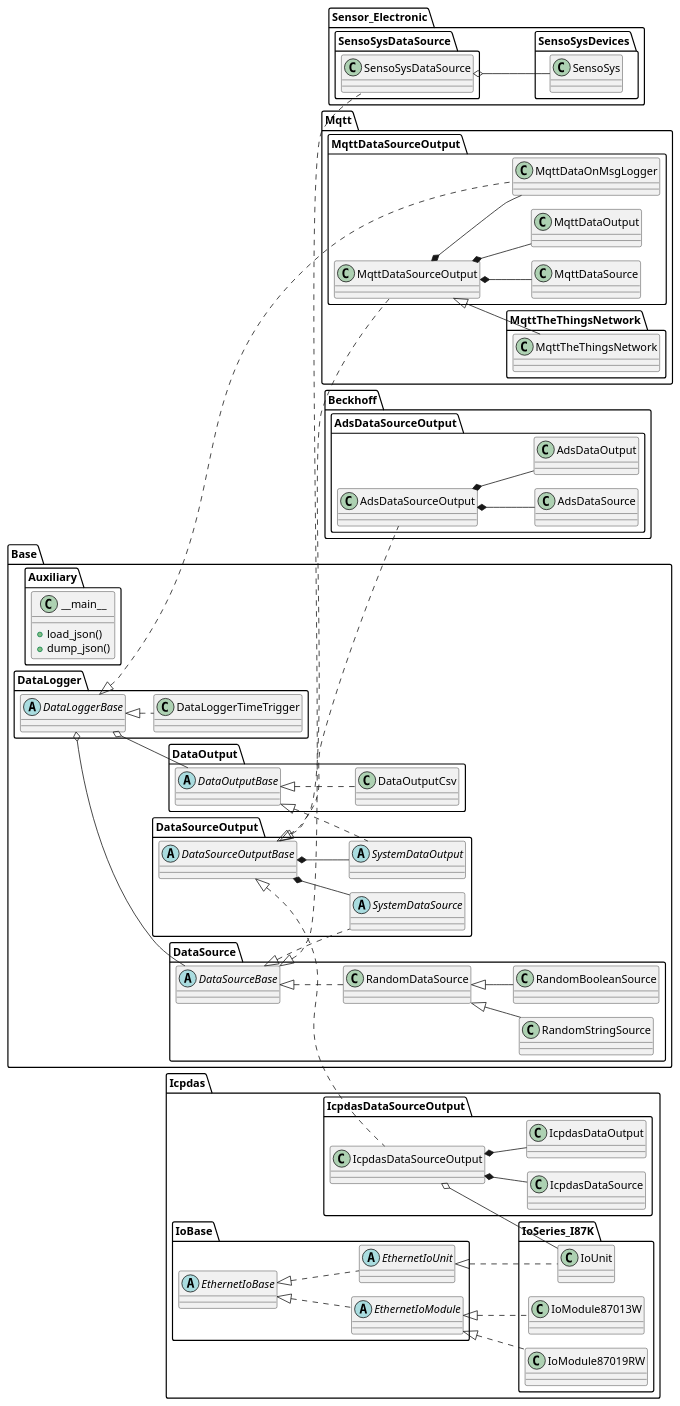
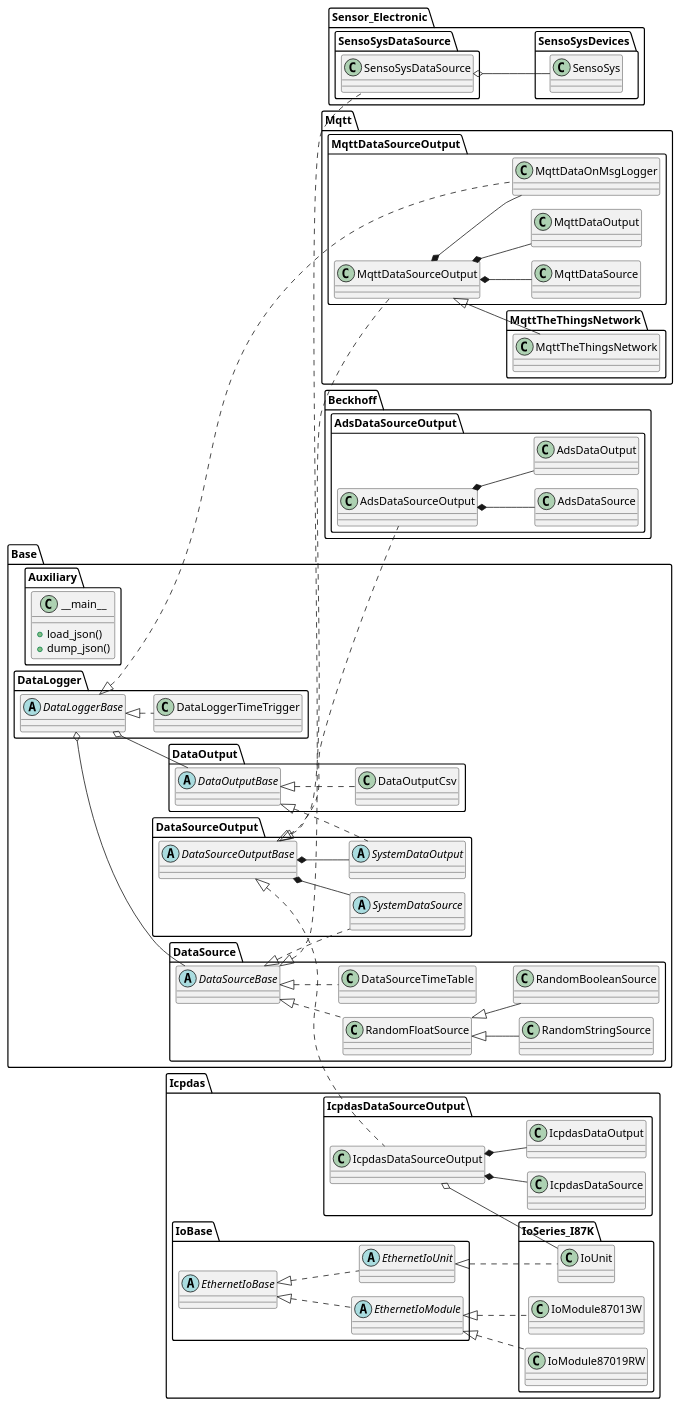
Before and after one commit to RWTH-EBC/EBC_Measurements: the diagram in docs/uml/ClsDiag_ebcmeasurements.puml, drawn with PlantUML. The commit also changed 5 other files, not shown here.

```diff
--- a/docs/uml/ClsDiag_ebcmeasurements.puml
+++ b/docs/uml/ClsDiag_ebcmeasurements.puml
@@ -1,93 +1,94 @@
 @startuml
 !pragma layout smetana
 left to right direction
 
 package Base{}
 package Base.Auxiliary{
     class __main__{
         + load_json()
         + dump_json()
     }
 }
 package Base.DataLogger{
     abstract class DataLoggerBase
     class DataLoggerTimeTrigger implements DataLoggerBase
 
     DataLoggerBase o-- Base.DataSource.DataSourceBase
     DataLoggerBase o-- Base.DataOutput.DataOutputBase
 }
 package Base.DataOutput{
     abstract class DataOutputBase
     class DataOutputCsv implements DataOutputBase
 }
 package Base.DataSource{
     abstract class DataSourceBase
-    class RandomDataSource implements DataSourceBase
-    class RandomStringSource extends RandomDataSource
-    class RandomBooleanSource extends RandomDataSource
+    class RandomFloatSource implements DataSourceBase
+    class RandomStringSource extends RandomFloatSource
+    class RandomBooleanSource extends RandomFloatSource
+    class DataSourceTimeTable implements DataSourceBase
 }
 package Base.DataSourceOutput{
     abstract class DataSourceOutputBase
     abstract class SystemDataSource implements Base.DataSource.DataSourceBase
     abstract class SystemDataOutput implements Base.DataOutput.DataOutputBase
 
     DataSourceOutputBase *-- SystemDataSource
     DataSourceOutputBase *-- SystemDataOutput
 }
 
 package Beckhoff{}
 package Beckhoff.AdsDataSourceOutput{
     class AdsDataSourceOutput implements Base.DataSourceOutput.DataSourceOutputBase
     class AdsDataSource implements Base.DataSourceOutput.DataSourceOutputBase.SystemDataSource
     class AdsDataOutput implements Base.DataSourceOutput.DataSourceOutputBase.SystemDataOutput
 
     AdsDataSourceOutput *-- AdsDataSource
     AdsDataSourceOutput *-- AdsDataOutput
 }
 
 package Icpdas{}
 package Icpdas.IcpdasDataSourceOutput{
     class IcpdasDataSourceOutput implements Base.DataSourceOutput.DataSourceOutputBase
     class IcpdasDataSource implements Base.DataSourceOutput.DataSourceOutputBase.SystemDataSource
     class IcpdasDataOutput implements Base.DataSourceOutput.DataSourceOutputBase.SystemDataOutput
 
     IcpdasDataSourceOutput *-- IcpdasDataSource
     IcpdasDataSourceOutput *-- IcpdasDataOutput
     IcpdasDataSourceOutput o-- Icpdas.IoSeries_I87K.IoUnit
 }
 package Icpdas.IoBase{
     abstract class EthernetIoBase
     abstract class EthernetIoUnit implements EthernetIoBase
     abstract class EthernetIoModule implements EthernetIoBase
 }
 package Icpdas.IoSeries_I87K{
     class IoUnit implements Icpdas.IoBase.EthernetIoUnit
     class IoModule87013W implements Icpdas.IoBase.EthernetIoModule
     class IoModule87019RW implements Icpdas.IoBase.EthernetIoModule
 }
 
 package Mqtt{}
 package Mqtt.MqttDataSourceOutput{
     class MqttDataSourceOutput implements Base.DataSourceOutput.DataSourceOutputBase
     class MqttDataSource implements Base.DataSourceOutput.DataSourceOutputBase.SystemDataSource
     class MqttDataOutput implements Base.DataSourceOutput.DataSourceOutputBase.SystemDataOutput
     class MqttDataOnMsgLogger implements Base.DataLogger.DataLoggerBase
 
     MqttDataSourceOutput *-- MqttDataSource
     MqttDataSourceOutput *-- MqttDataOutput
     MqttDataSourceOutput *-- MqttDataOnMsgLogger
 }
 package Mqtt.MqttTheThingsNetwork{
     class MqttTheThingsNetwork extends Mqtt.MqttDataSourceOutput.MqttDataSourceOutput
 }
 
 package Sensor_Electronic{}
 package Sensor_Electronic.SensoSysDataSource{
     class SensoSysDataSource implements Base.DataSource.DataSourceBase
 
     SensoSysDataSource o-- Sensor_Electronic.SensoSysDevices.SensoSys
 }
 package Sensor_Electronic.SensoSysDevices{
     class SensoSys
 }
 @enduml
```
